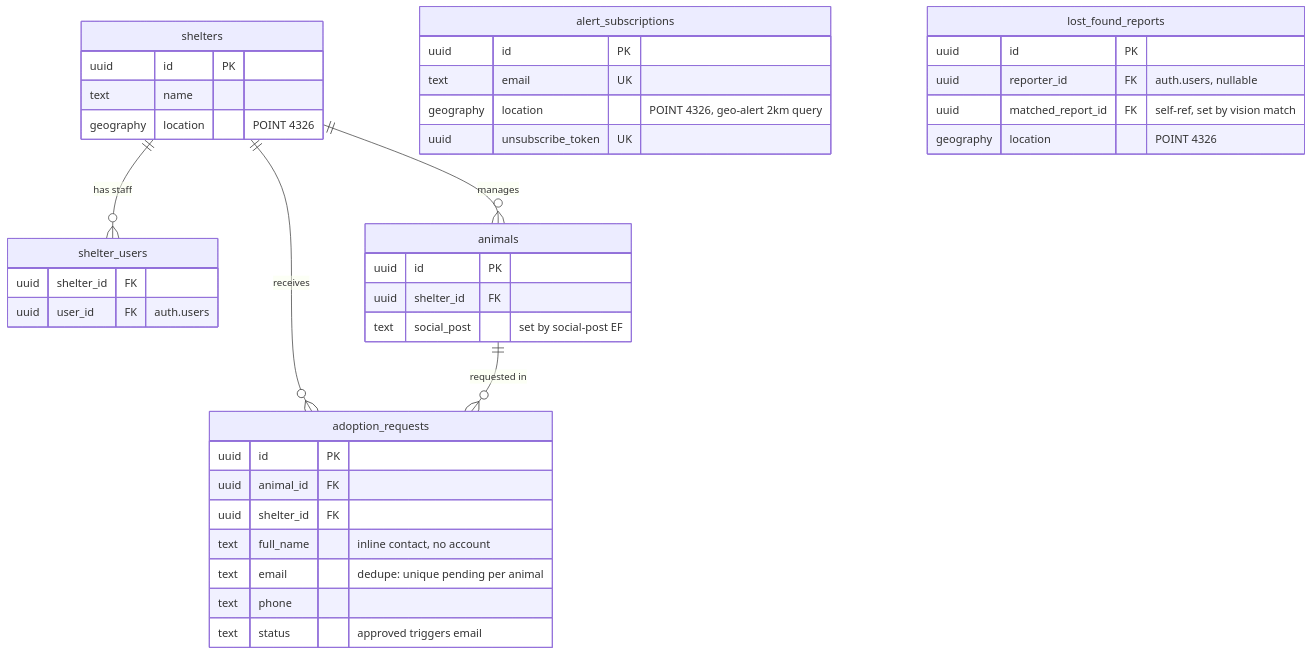
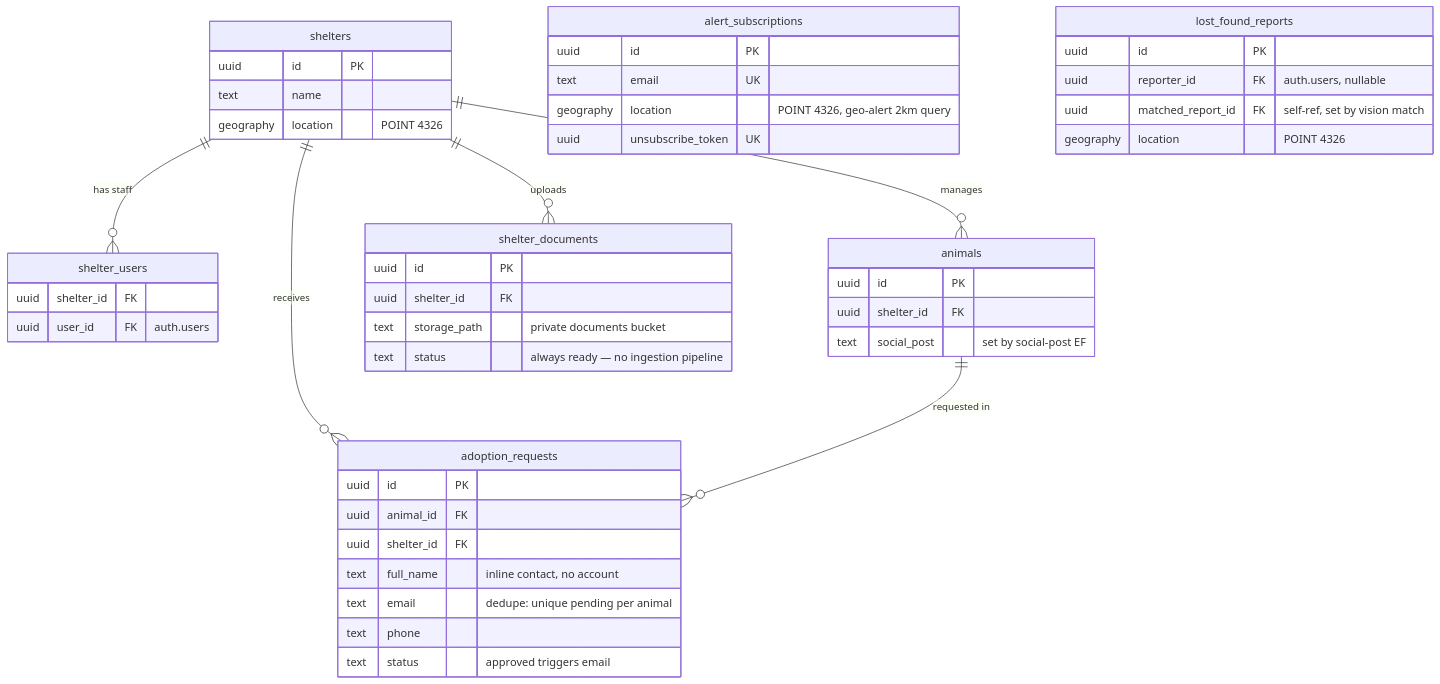
The sixth of 7 diagrams in docs/architecture.md (gamp92/pawlink), drawn with Mermaid before and after one commit. The commit also changed other lines of this file and 7 other files, not shown here.

First line of the commit message:
feat: add shelter_documents table and /api/documents routes (register, list, delete)

````diff
--- a/docs/architecture.md
+++ b/docs/architecture.md
@@ -228,43 +238,50 @@
 ```mermaid
 erDiagram
     shelters ||--o{ shelter_users : "has staff"
     shelters ||--o{ animals : "manages"
     shelters ||--o{ adoption_requests : "receives"
+    shelters ||--o{ shelter_documents : "uploads"
     animals ||--o{ adoption_requests : "requested in"
 
     shelters {
         uuid id PK
         text name
         geography location "POINT 4326"
     }
     shelter_users {
         uuid shelter_id FK
         uuid user_id FK "auth.users"
     }
     animals {
         uuid id PK
         uuid shelter_id FK
         text social_post "set by social-post EF"
     }
     adoption_requests {
         uuid id PK
         uuid animal_id FK
         uuid shelter_id FK
         text full_name "inline contact, no account"
         text email "dedupe: unique pending per animal"
         text phone
         text status "approved triggers email"
     }
     alert_subscriptions {
         uuid id PK
         text email UK
         geography location "POINT 4326, geo-alert 2km query"
         uuid unsubscribe_token UK
     }
     lost_found_reports {
         uuid id PK
         uuid reporter_id FK "auth.users, nullable"
         uuid matched_report_id FK "self-ref, set by vision match"
         geography location "POINT 4326"
     }
+    shelter_documents {
+        uuid id PK
+        uuid shelter_id FK
+        text storage_path "private documents bucket"
+        text status "always ready — no ingestion pipeline"
+    }
 ```
````
